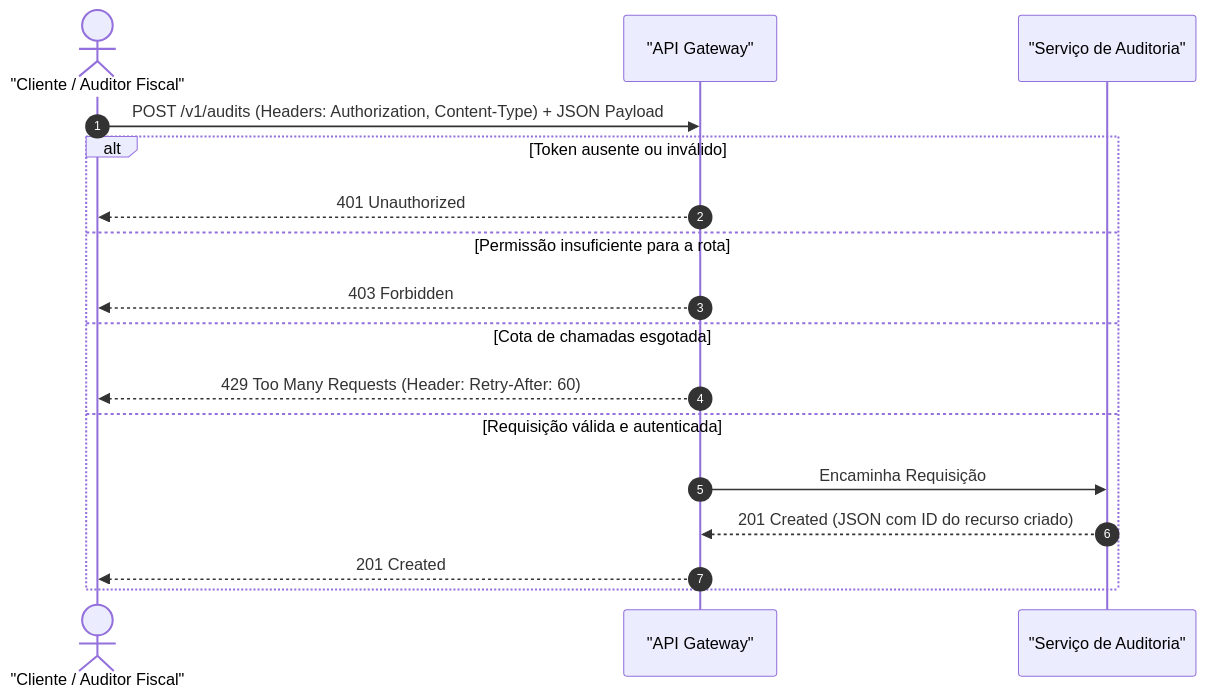
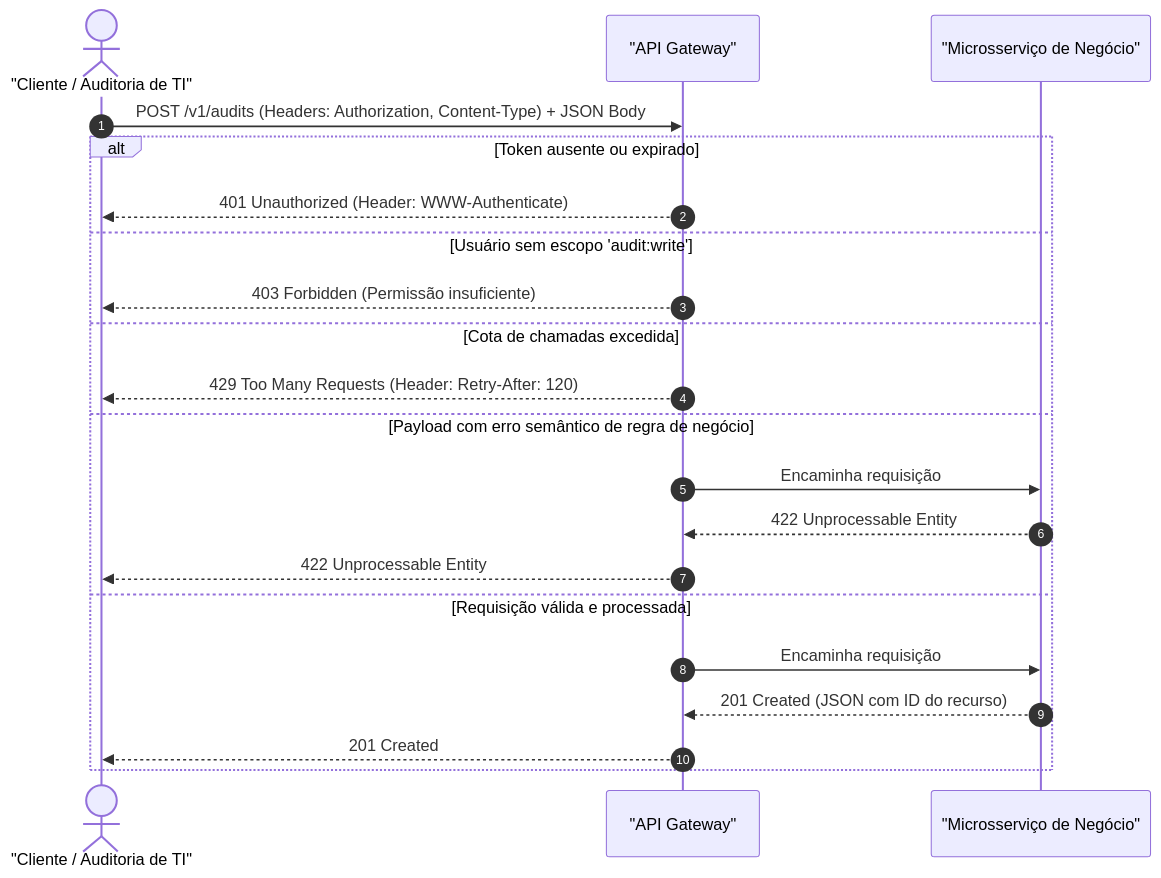
Before and after one commit to thiagosantos346/TCE-GO-2027: the second of 3 diagrams in fontes_de_estudo/conhecimentos_especificos_b02_ti/14_lingua_inglesa_leitura_tecnica/03_interpretacao_de_documentacao_de_apis_e_manuais.md, drawn with Mermaid. The commit also changed other lines of this file and 119 other files, not shown here.

````diff
--- a/fontes_de_estudo/conhecimentos_especificos_b02_ti/14_lingua_inglesa_leitura_tecnica/03_interpretacao_de_documentacao_de_apis_e_manuais.md
+++ b/fontes_de_estudo/conhecimentos_especificos_b02_ti/14_lingua_inglesa_leitura_tecnica/03_interpretacao_de_documentacao_de_apis_e_manuais.md
@@ -103,20 +91,24 @@
 ```mermaid
 sequenceDiagram
     autonumber
-    actor Client as "Cliente / Auditor Fiscal"
+    actor Client as "Cliente / Auditoria de TI"
     participant Gateway as "API Gateway"
-    participant Service as "Serviço de Auditoria"
+    participant Backend as "Microsserviço de Negócio"
     
-    Client->>Gateway: POST /v1/audits (Headers: Authorization, Content-Type) + JSON Payload
-    alt Token ausente ou inválido
-        Gateway-->>Client: 401 Unauthorized
-    else Permissão insuficiente para a rota
-        Gateway-->>Client: 403 Forbidden
-    else Cota de chamadas esgotada
-        Gateway-->>Client: 429 Too Many Requests (Header: Retry-After: 60)
-    else Requisição válida e autenticada
-        Gateway->>Service: Encaminha Requisição
-        Service-->>Gateway: 201 Created (JSON com ID do recurso criado)
+    Client->>Gateway: POST /v1/audits (Headers: Authorization, Content-Type) + JSON Body
+    alt Token ausente ou expirado
+        Gateway-->>Client: 401 Unauthorized (Header: WWW-Authenticate)
+    else Usuário sem escopo 'audit:write'
+        Gateway-->>Client: 403 Forbidden (Permissão insuficiente)
+    else Cota de chamadas excedida
+        Gateway-->>Client: 429 Too Many Requests (Header: Retry-After: 120)
+    else Payload com erro semântico de regra de negócio
+        Gateway->>Backend: Encaminha requisição
+        Backend-->>Gateway: 422 Unprocessable Entity
+        Gateway-->>Client: 422 Unprocessable Entity
+    else Requisição válida e processada
+        Gateway->>Backend: Encaminha requisição
+        Backend-->>Gateway: 201 Created (JSON com ID do recurso)
         Gateway-->>Client: 201 Created
     end
 ```
````
